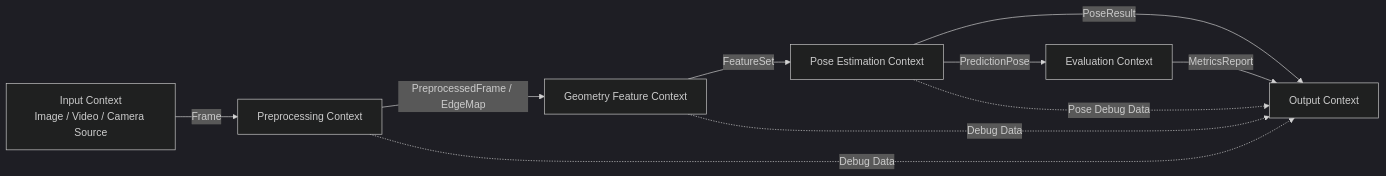
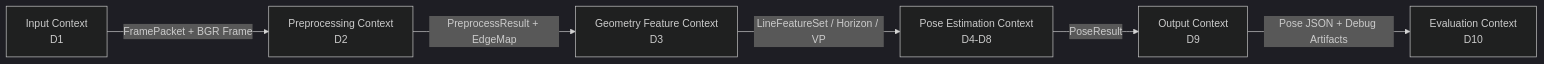
Before and after one commit to Rt209/camera-angle: the diagram in breakdown/01_Geometry_Based_Pose/03_Design/bounded_context_map.md, drawn with Mermaid (dark theme). The commit also changed other lines of this file and 8 other files, not shown here.

````diff
--- a/breakdown/01_Geometry_Based_Pose/03_Design/bounded_context_map.md
+++ b/breakdown/01_Geometry_Based_Pose/03_Design/bounded_context_map.md
@@ -41,14 +9,8 @@
 ```mermaid
 flowchart LR
-    A[Input Context<br/>Image / Video / Camera Source] -->|Frame| B[Preprocessing Context]
-    B -->|PreprocessedFrame / EdgeMap| C[Geometry Feature Context]
-    C -->|FeatureSet| D[Pose Estimation Context]
-    D -->|PoseResult| E[Output Context]
-
-    D -->|PredictionPose| F[Evaluation Context]
-    F -->|MetricsReport| E
-
-    B -. Debug Data .-> E
-    C -. Debug Data .-> E
-    D -. Pose Debug Data .-> E
+    A[Input Context<br/>D1] -->|FramePacket + BGR Frame| B[Preprocessing Context<br/>D2]
+    B -->|PreprocessResult + EdgeMap| C[Geometry Feature Context<br/>D3]
+    C -->|LineFeatureSet / Horizon / VP| D[Pose Estimation Context<br/>D4-D8]
+    D -->|PoseResult| E[Output Context<br/>D9]
+    E -->|Pose JSON + Debug Artifacts| F[Evaluation Context<br/>D10]
 ```
````
